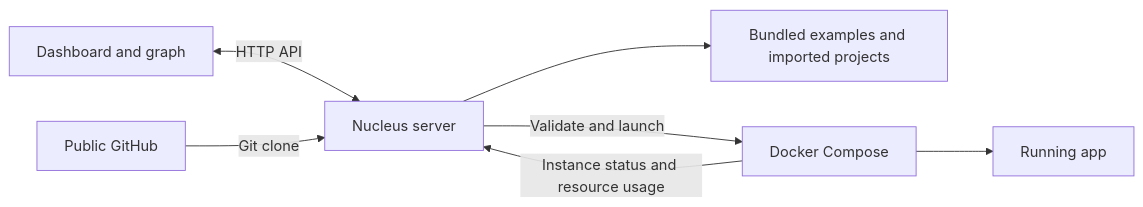
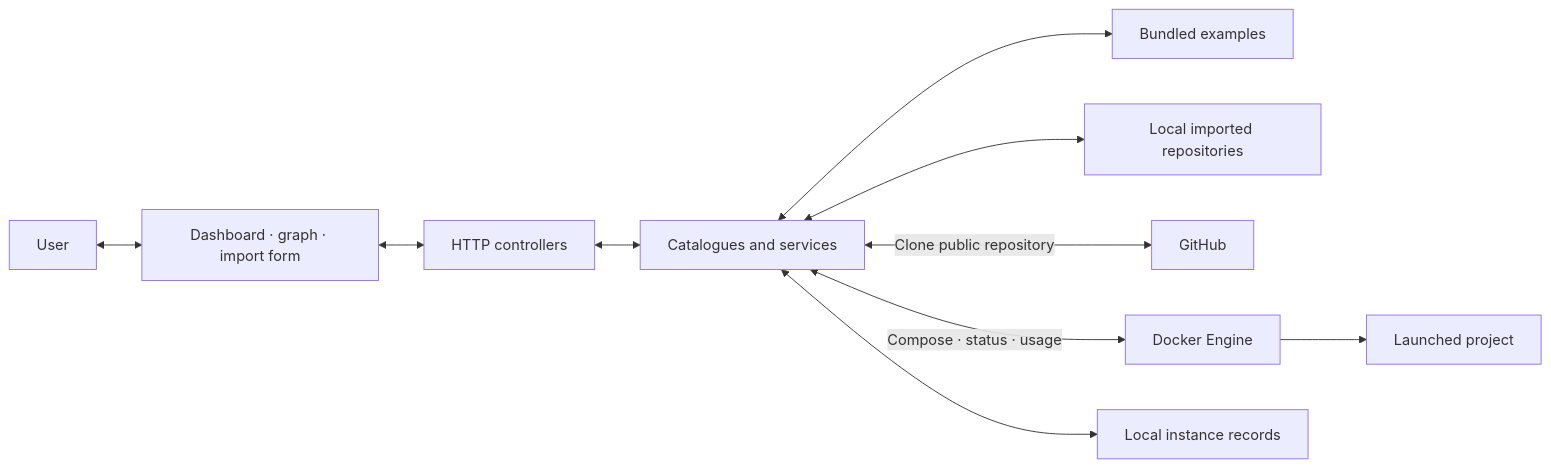
The diagram in Readme.md (WafaaBajjouk/Nucleus), drawn with Mermaid before and after one commit. The commit also changed other lines of this file and 2 other files, not shown here.

Commit message:
docs: fix run instructions and keep course material local

````diff
--- a/Readme.md
+++ b/Readme.md
@@ -20,9 +26,12 @@
 ```mermaid
 flowchart LR
-    Browser["Dashboard and graph"] <-->|"HTTP API"| Nucleus["Nucleus server"]
-    GitHub["Public GitHub"] -->|"Git clone"| Nucleus
-    Nucleus --> Examples["Bundled examples and imported projects"]
-    Nucleus -->|"Validate and launch"| Docker["Docker Compose"]
-    Docker --> App["Running app"]
-    Docker -->|"Instance status and resource usage"| Nucleus
+    User["User"] <--> UI["Dashboard · graph · import form"]
+    UI <--> HTTP["HTTP controllers"]
+    HTTP <--> Core["Catalogues and services"]
+    Core <--> Examples["Bundled examples"]
+    Core <--> Imported["Local imported repositories"]
+    Core <-->|"Clone public repository"| GitHub["GitHub"]
+    Core <-->|"Compose · status · usage"| Docker["Docker Engine"]
+    Docker --> App["Launched project"]
+    Core <--> Records["Local instance records"]
 ```
````
